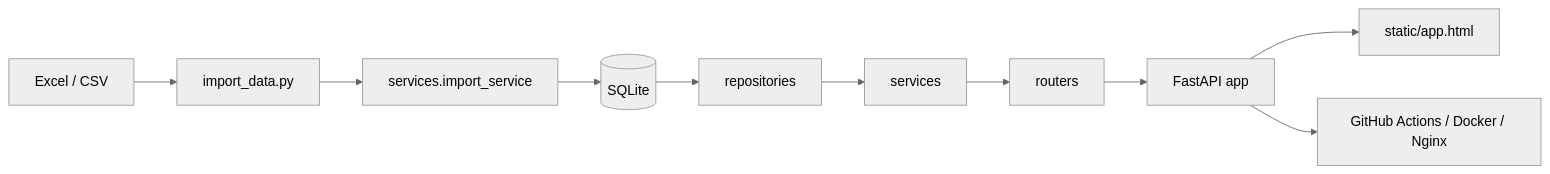
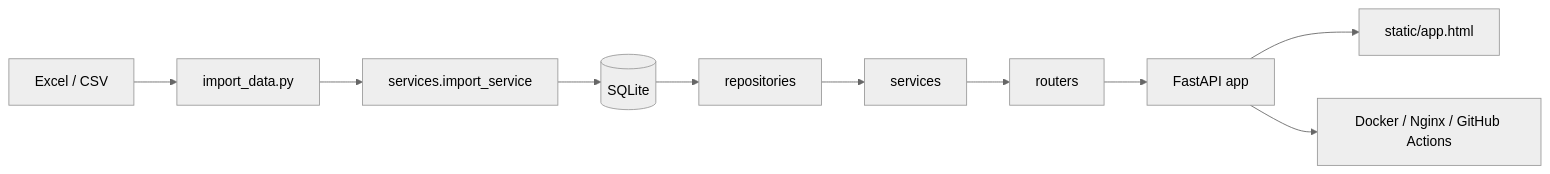
One commit to R-Li2002/Football-manager-online-league-Database changed the diagram in docs/PROJECT_MANUAL.md. Above: the diagram before and after it, drawn with Mermaid (neutral theme). The commit also changed other lines of this file and 69 other files, not shown here.

Commit message:
feat: stabilize core app flows and release checks

````diff
--- a/docs/PROJECT_MANUAL.md
+++ b/docs/PROJECT_MANUAL.md
@@ -92,12 +70,12 @@
 ```mermaid
 flowchart LR
     A[Excel / CSV] --> B[import_data.py]
     B --> C[services.import_service]
     C --> D[(SQLite)]
     D --> E[repositories]
     E --> F[services]
     F --> G[routers]
     G --> H[FastAPI app]
     H --> I[static/app.html]
-    H --> J[GitHub Actions / Docker / Nginx]
+    H --> J[Docker / Nginx / GitHub Actions]
 ```
````
